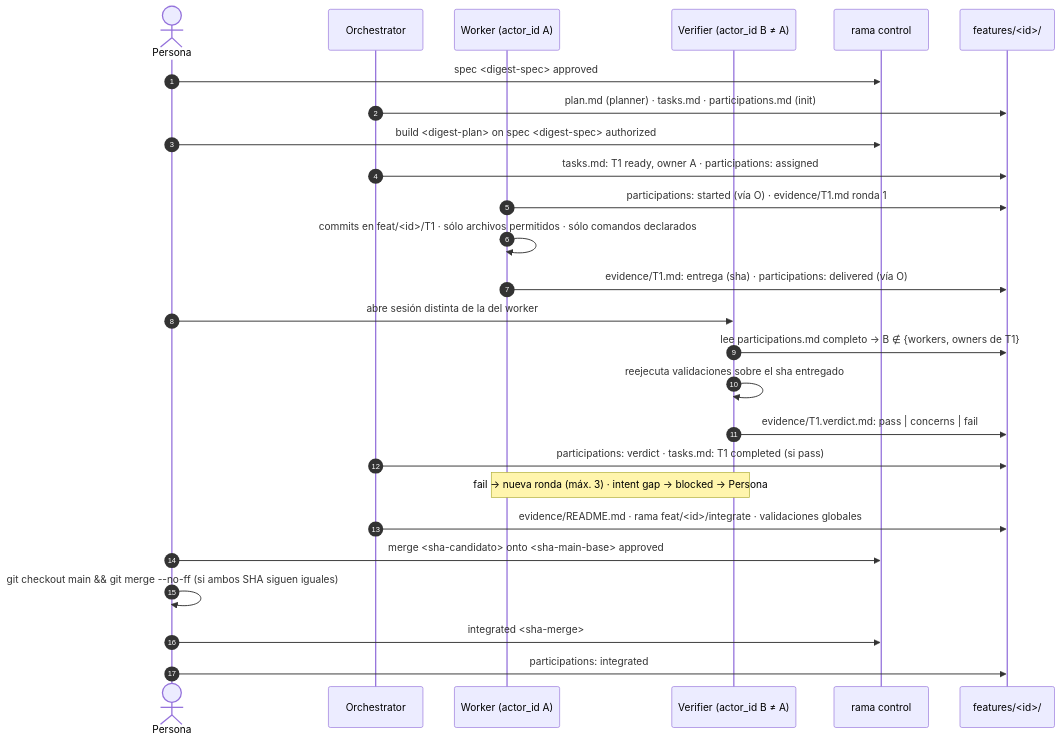
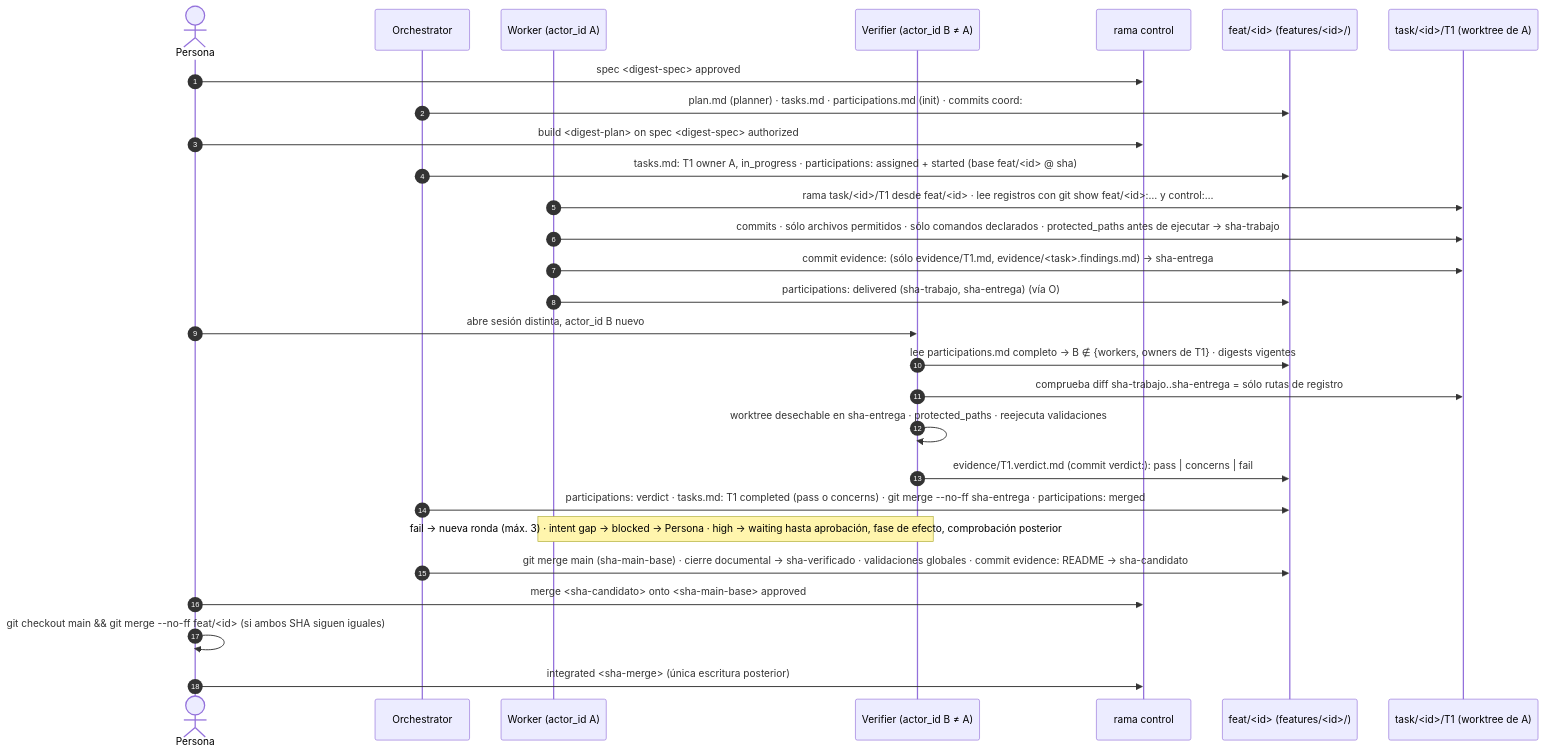
One commit to Camilobgrzn/T800R changed the second of 2 diagrams in skills/README.md. Above: the diagram before and after it, drawn with Mermaid. The commit also changed other lines of this file and 20 other files, not shown here.

Commit message:
skills y flujo v4.1: corrección de los 18 hallazgos de Codex y de la verificación Fable (ramas task/<id>/T<n>, evidencia sin SHA propio, cierre sin tocar spec, handoff reanudable); pendiente verificación Codex

````diff
--- a/skills/README.md
+++ b/skills/README.md
@@ -171,29 +201,31 @@
 ```mermaid
 sequenceDiagram
     autonumber
     actor P as Persona
     participant O as Orchestrator
     participant W as Worker (actor_id A)
     participant V as Verifier (actor_id B ≠ A)
     participant C as rama control
-    participant F as features/<id>/
+    participant F as feat/<id> (features/<id>/)
+    participant T as task/<id>/T1 (worktree de A)
 
     P->>C: spec <digest-spec> approved
-    O->>F: plan.md (planner) · tasks.md · participations.md (init)
+    O->>F: plan.md (planner) · tasks.md · participations.md (init) · commits coord:
     P->>C: build <digest-plan> on spec <digest-spec> authorized
-    O->>F: tasks.md: T1 ready, owner A · participations: assigned
-    W->>F: participations: started (vía O) · evidence/T1.md ronda 1
-    W->>W: commits en feat/<id>/T1 · sólo archivos permitidos · sólo comandos declarados
-    W->>F: evidence/T1.md: entrega (sha) · participations: delivered (vía O)
-    P->>V: abre sesión distinta de la del worker
-    V->>F: lee participations.md completo → B ∉ {workers, owners de T1}
-    V->>V: reejecuta validaciones sobre el sha entregado
-    V->>F: evidence/T1.verdict.md: pass | concerns | fail
-    O->>F: participations: verdict · tasks.md: T1 completed (si pass)
-    Note over W,V: fail → nueva ronda (máx. 3) · intent gap → blocked → Persona
-    O->>F: evidence/README.md · rama feat/<id>/integrate · validaciones globales
+    O->>F: tasks.md: T1 owner A, in_progress · participations: assigned + started (base feat/<id> @ sha)
+    W->>T: rama task/<id>/T1 desde feat/<id> · lee registros con git show feat/<id>:… y control:…
+    W->>T: commits · sólo archivos permitidos · sólo comandos declarados · protected_paths antes de ejecutar → sha-trabajo
+    W->>T: commit evidence: (sólo evidence/T1.md, evidence/<task>.findings.md) → sha-entrega
+    W->>F: participations: delivered (sha-trabajo, sha-entrega) (vía O)
+    P->>V: abre sesión distinta, actor_id B nuevo
+    V->>F: lee participations.md completo → B ∉ {workers, owners de T1} · digests vigentes
+    V->>T: comprueba diff sha-trabajo..sha-entrega = sólo rutas de registro
+    V->>V: worktree desechable en sha-entrega · protected_paths · reejecuta validaciones
+    V->>F: evidence/T1.verdict.md (commit verdict:): pass | concerns | fail
+    O->>F: participations: verdict · tasks.md: T1 completed (pass o concerns) · git merge --no-ff sha-entrega · participations: merged
+    Note over W,V: fail → nueva ronda (máx. 3) · intent gap → blocked → Persona · high → waiting hasta aprobación, fase de efecto, comprobación posterior
+    O->>F: git merge main (sha-main-base) · cierre documental → sha-verificado · validaciones globales · commit evidence: README → sha-candidato
     P->>C: merge <sha-candidato> onto <sha-main-base> approved
-    P->>P: git checkout main && git merge --no-ff (si ambos SHA siguen iguales)
-    P->>C: integrated <sha-merge>
-    P->>F: participations: integrated
+    P->>P: git checkout main && git merge --no-ff feat/<id> (si ambos SHA siguen iguales)
+    P->>C: integrated <sha-merge> (única escritura posterior)
 ```
````
